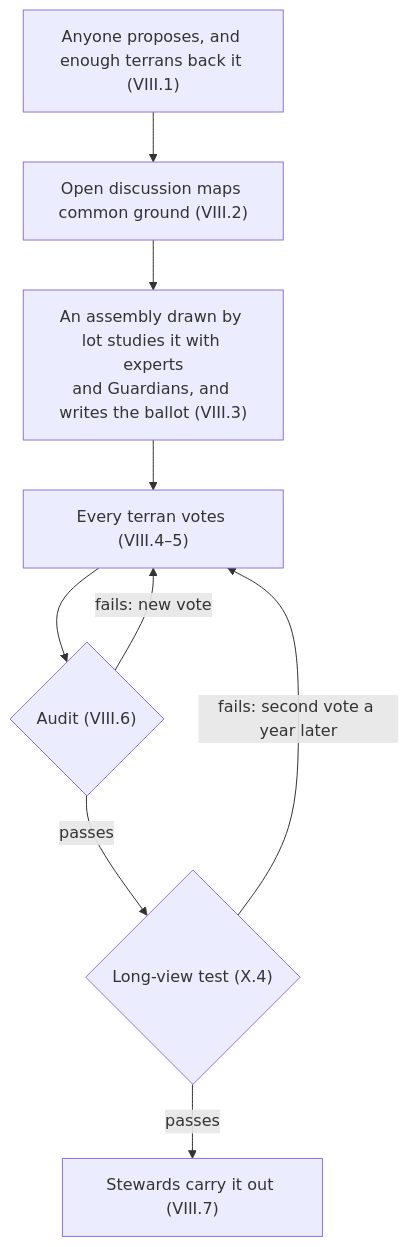
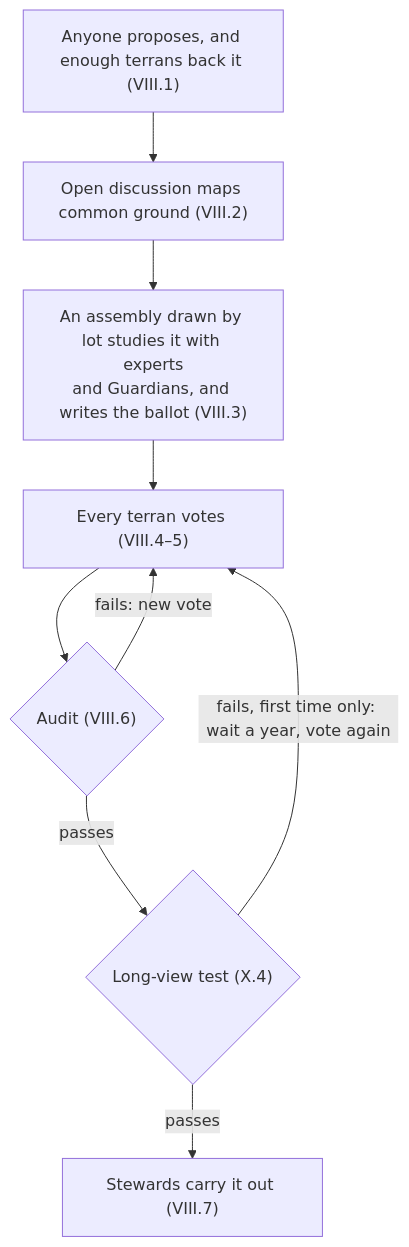
Before and after one commit to KaraZajac/TERRAN: the diagram in CHARTER.md, drawn with Mermaid.

Commit message:
charter: stop the rebuilt diagram's long-view loop from repeating
As drawn, a proposal that failed the long-view test went back through the
vote, the audit and the test again, so it could never reach the Stewards.
X.4 asks for one year's wait and one second vote. The loop now says "first
time only", keeping the two loops back to the vote that the original
drawing's caption describes. Still parses as a Mermaid flowchart.

````diff
--- a/CHARTER.md
+++ b/CHARTER.md
@@ -154,16 +154,16 @@
 ```mermaid
 flowchart TD
     propose["Anyone proposes, and enough terrans back it (VIII.1)"]
     ground["Open discussion maps common ground (VIII.2)"]
     assembly["An assembly drawn by lot studies it with experts<br/>and Guardians, and writes the ballot (VIII.3)"]
     vote["Every terran votes (VIII.4–5)"]
     audit{"Audit (VIII.6)"}
     longview{"Long-view test (X.4)"}
     stewards["Stewards carry it out (VIII.7)"]
 
     propose --> ground --> assembly --> vote --> audit
     audit -->|"fails: new vote"| vote
     audit -->|"passes"| longview
-    longview -->|"fails: second vote a year later"| vote
+    longview -->|"fails, first time only: wait a year, vote again"| vote
     longview -->|"passes"| stewards
 ```
````
